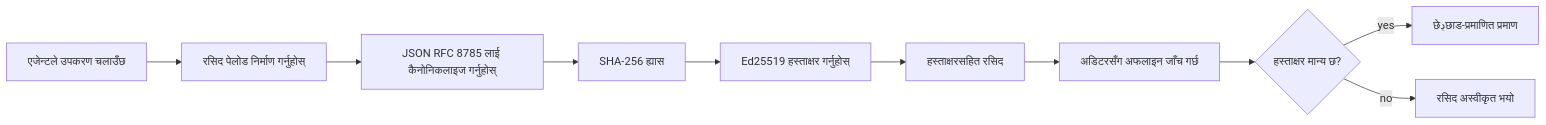
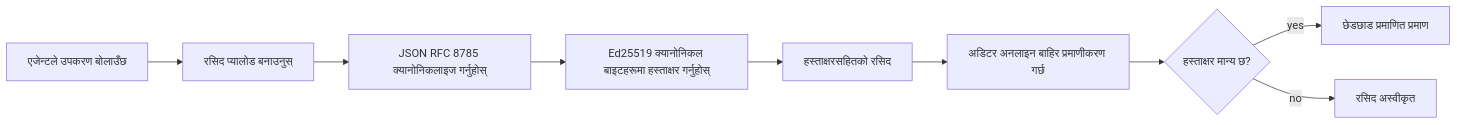
Before and after one commit to gabrielmoreira/agent-skills-mirror: the first of 2 diagrams in mirrors/repos/microsoft@ai-agents-for-beginners/translations/ne/18-securing-ai-agents/README.md, drawn with Mermaid. The commit also changed other lines of this file and 4262 other files, not shown here.

````diff
--- a/mirrors/repos/microsoft@ai-agents-for-beginners/translations/ne/18-securing-ai-agents/README.md
+++ b/mirrors/repos/microsoft@ai-agents-for-beginners/translations/ne/18-securing-ai-agents/README.md
@@ -51,12 +51,11 @@
 ```mermaid
 flowchart LR
-    A[एजेन्टले उपकरण चलाउँछ] --> B[रसिद पेलोड निर्माण गर्नुहोस्]
-    B --> C[JSON RFC 8785 लाई कैनोनिकलाइज गर्नुहोस्]
-    C --> D[SHA-256 ह्यास]
-    D --> E[Ed25519 हस्ताक्षर गर्नुहोस्]
-    E --> F[हस्ताक्षरसहित रसिद]
-    F --> G[अडिटरसँग अफलाइन जाँच गर्छ]
+    A[एजेन्टले उपकरण बोलाउँछ] --> B[रसिद प्यालोड बनाउनुस्]
+    B --> C[JSON RFC 8785 क्यानोनिकलाइज गर्नुहोस्]
+    C --> E[Ed25519 क्यानोनिकल बाइटहरूमा हस्ताक्षर गर्नुहोस्]
+    E --> F[हस्ताक्षरसहितको रसिद]
+    F --> G[अडिटर अनलाइन बाहिर प्रमाणीकरण गर्छ]
     G --> H{हस्ताक्षर मान्य छ?}
-    H -- yes --> I[छेڊछाड-प्रमाणित प्रमाण]
-    H -- no --> J[रसिद अस्वीकृत भयो]
+    H -- yes --> I[छेडछाड प्रमाणित प्रमाण]
+    H -- no --> J[रसिद अस्वीकृत]
 ```
````
